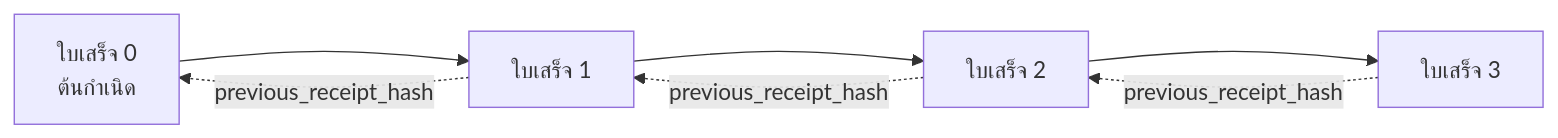
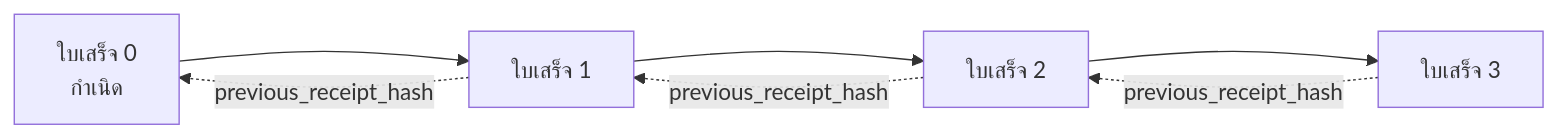
The second of 2 diagrams in translations/th/18-securing-ai-agents/README.md (microsoft/ai-agents-for-beginners), drawn with Mermaid before and after one commit. The commit also changed other lines of this file and 46 other files, not shown here.

````diff
--- a/translations/th/18-securing-ai-agents/README.md
+++ b/translations/th/18-securing-ai-agents/README.md
@@ -206,9 +203,9 @@
 ```mermaid
 flowchart LR
-    R0[ใบเสร็จ 0<br/>ต้นกำเนิด] --> R1[ใบเสร็จ 1]
+    R0[ใบเสร็จ 0<br/>กำเนิด] --> R1[ใบเสร็จ 1]
     R1 --> R2[ใบเสร็จ 2]
     R2 --> R3[ใบเสร็จ 3]
     R1 -. previous_receipt_hash .-> R0
     R2 -. previous_receipt_hash .-> R1
     R3 -. previous_receipt_hash .-> R2
 ```
````
